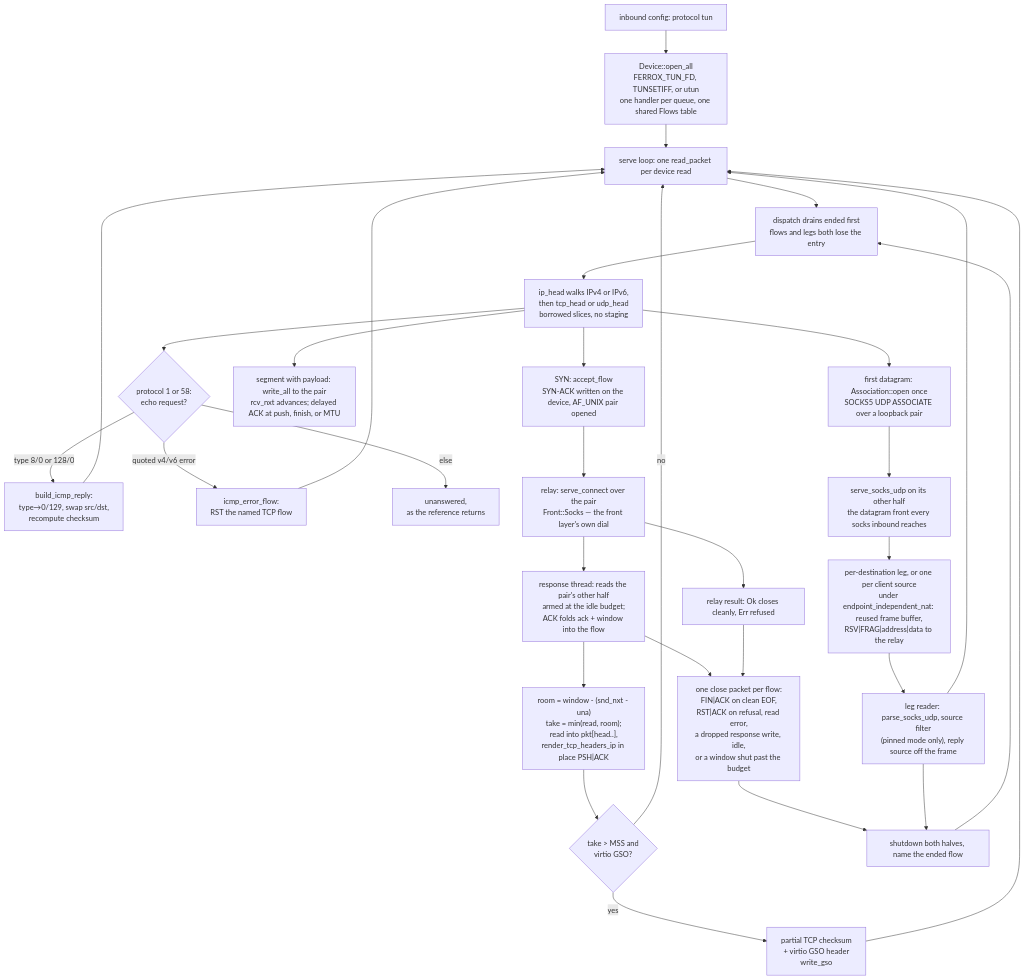
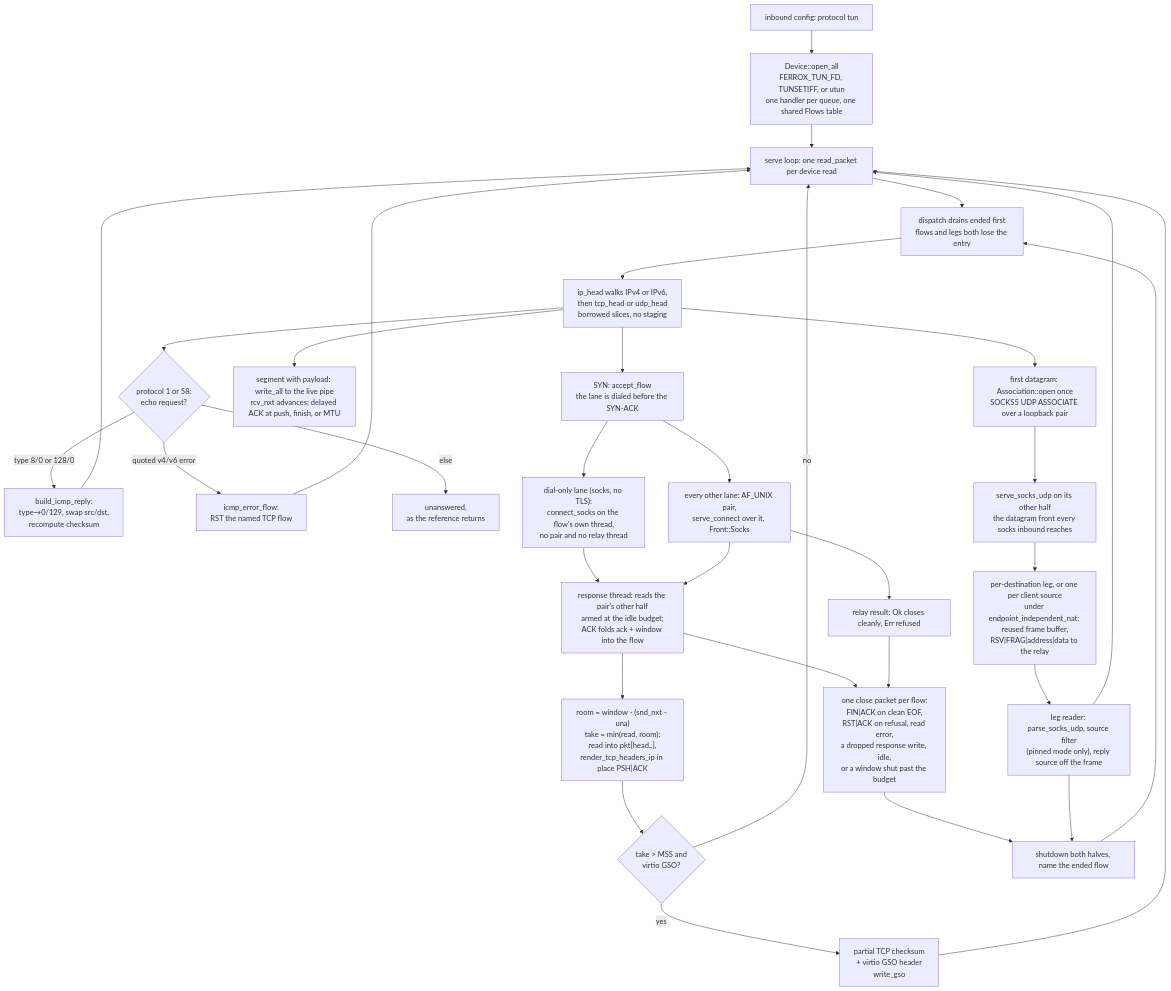
The diagram in docs/function/front-tun.md (ferroxdev/ferrox), drawn with Mermaid before and after one commit. The commit also changed other lines of this file and 3 other files, not shown here.

First line of the commit message:
app: dial the TUN flow's lane directly

````diff
--- a/docs/function/front-tun.md
+++ b/docs/function/front-tun.md
@@ -15,33 +15,35 @@
 ```mermaid
 graph TD
     A["inbound config: protocol tun"] --> B["Device::open_all<br/>FERROX_TUN_FD, TUNSETIFF, or utun<br/>one handler per queue, one shared Flows table"]
     B --> C["serve loop: one read_packet per device read"]
     C --> O["dispatch drains ended first<br/>flows and legs both lose the entry"]
     O --> D["ip_head walks IPv4 or IPv6,<br/>then tcp_head or udp_head<br/>borrowed slices, no staging"]
     D --> IC{"protocol 1 or 58:<br/>echo request?"}
     IC -- "type 8/0 or 128/0" --> ICa["build_icmp_reply:<br/>type→0/129, swap src/dst,<br/>recompute checksum"]
     ICa --> C
     IC -- "quoted v4/v6 error" --> ICe["icmp_error_flow:<br/>RST the named TCP flow"]
     ICe --> C
     IC -- "else" --> ICx["unanswered,<br/>as the reference returns"]
-    D --> E["SYN: accept_flow<br/>SYN-ACK written on the device, AF_UNIX pair opened"]
-    E --> F["relay: serve_connect over the pair<br/>Front::Socks — the front layer's own dial"]
-    D --> G["segment with payload: write_all to the pair<br/>rcv_nxt advances; delayed ACK at push, finish, or MTU"]
+    D --> E["SYN: accept_flow<br/>the lane is dialed before the SYN-ACK"]
+    E --> FD["dial-only lane (socks, no TLS):<br/>connect_socks on the flow's own thread,<br/>no pair and no relay thread"]
+    E --> F["every other lane: AF_UNIX pair,<br/>serve_connect over it, Front::Socks"]
+    D --> G["segment with payload: write_all to the live pipe<br/>rcv_nxt advances; delayed ACK at push, finish, or MTU"]
+    FD --> H["response thread: reads the dialed stream<br/>armed at the idle budget;<br/>ACK folds ack + window into the flow"]
     F --> H["response thread: reads the pair's other half<br/>armed at the idle budget;<br/>ACK folds ack + window into the flow"]
     F --> HC["relay result: Ok closes cleanly, Err refused"]
     H --> I["room = window - (snd_nxt - una)<br/>take = min(read, room);<br/>read into pkt[head..],<br/>render_tcp_headers_ip in place PSH|ACK"]
     I --> IG{"take > MSS and<br/>virtio GSO?"}
     IG -- "yes" --> IGa["partial TCP checksum<br/>+ virtio GSO header<br/>write_gso"]
     IG -- "no" --> C
     IGa --> C
     H --> HF["one close packet per flow:<br/>FIN|ACK on clean EOF,<br/>RST|ACK on refusal, read error,<br/>a dropped response write, idle,<br/>or a window shut past the budget"]
     HC --> HF
     D --> J["first datagram: Association::open once<br/>SOCKS5 UDP ASSOCIATE over a loopback pair"]
     J --> K["serve_socks_udp on its other half<br/>the datagram front every socks inbound reaches"]
     K --> L["per-destination leg, or one per client source<br/>under endpoint_independent_nat: reused frame buffer,<br/>RSV|FRAG|address|data to the relay"]
     L --> M["leg reader: parse_socks_udp, source filter<br/>(pinned mode only), reply source off the frame"]
     M --> C
     HF --> N["shutdown both halves, name the ended flow"]
     M --> N
     N --> O
 ```
````
